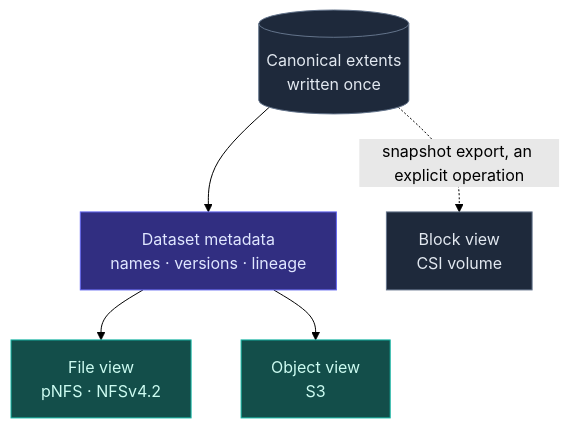
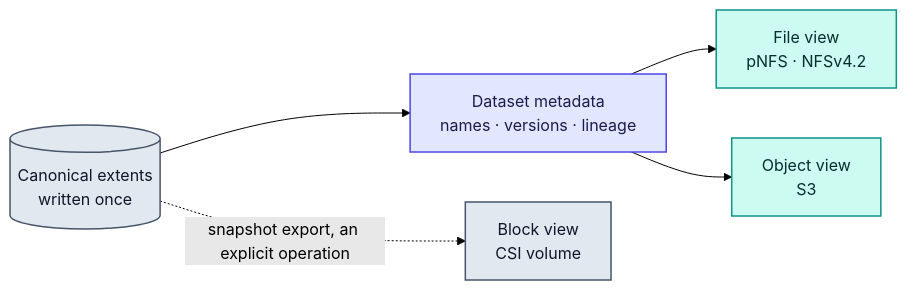
The diagram in docs/rfcs/0021-single-copy-multi-protocol.md (mayur-tolexo/forebay), drawn with Mermaid (forest theme) before and after one commit. The commit also changed 5 other files, not shown here.

````diff
--- a/docs/rfcs/0021-single-copy-multi-protocol.md
+++ b/docs/rfcs/0021-single-copy-multi-protocol.md
@@ -56,21 +56,21 @@
 ```mermaid
-flowchart TB
+flowchart LR
     bytes[("Canonical extents<br/>written once")]
     meta["Dataset metadata<br/>names · versions · lineage"]
     v1["File view<br/>pNFS · NFSv4.2"]
     v2["Object view<br/>S3"]
     v3["Block view<br/>CSI volume"]
 
     bytes --> meta
     meta --> v1
     meta --> v2
     bytes -. "snapshot export, an explicit operation" .-> v3
 
-    classDef store fill:#1E293B,stroke:#64748B,color:#E2E8F0
-    classDef control fill:#312E81,stroke:#6366F1,color:#E0E7FF
-    classDef fast fill:#134E4A,stroke:#14B8A6,color:#CCFBF1
+    classDef store fill:#E2E8F0,stroke:#475569,stroke-width:1.5px,color:#0F172A
+    classDef control fill:#E0E7FF,stroke:#4F46E5,stroke-width:1.5px,color:#1E1B4B
+    classDef fast fill:#CCFBF1,stroke:#0D9488,stroke-width:1.5px,color:#042F2E
     class bytes store
     class meta control
     class v1,v2 fast
     class v3 store
 ```
````
